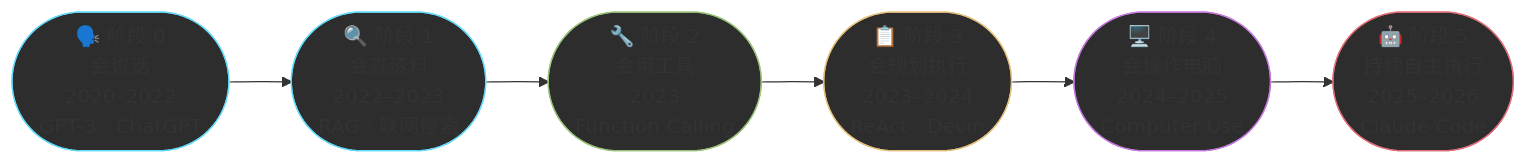
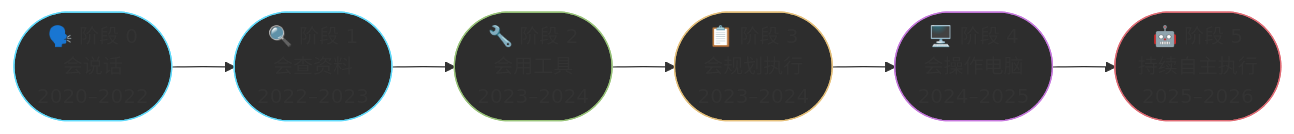
One commit to zht043/AgenticCodingTutorial changed the first of 3 diagrams in docs/chapters/ch13-history.md. Above: the diagram before and after it, drawn with Mermaid. The commit also changed other lines of this file and 69 other files, not shown here.

Commit message:
optimize docs and add mermaid validation

````diff
--- a/docs/chapters/ch13-history.md
+++ b/docs/chapters/ch13-history.md
@@ -20,18 +20,15 @@
 ```mermaid
 flowchart LR
-    S0(["🗣️ 阶段 0<br/>会说话<br/>2020–2022<br/>GPT-3 · ChatGPT"])
-    S1(["🔍 阶段 1<br/>会查资料<br/>2022–2023<br/>RAG · 联网搜索"])
-    S2(["🔧 阶段 2<br/>会用工具<br/>2023<br/>Function Calling"])
-    S3(["📋 阶段 3<br/>会规划执行<br/>2023–2024<br/>ReAct · Devin"])
-    S4(["🖥️ 阶段 4<br/>会操作电脑<br/>2024–2025<br/>Computer Use"])
-    S5(["🤖 阶段 5<br/>持续自主执行<br/>2025–2026<br/>Claude Code"])
-
-    S0 --> S1 --> S2 --> S3 --> S4 --> S5
+    S0(["🗣️ 阶段 0<br/>会说话<br/>2020–2022"]) --> S1(["🔍 阶段 1<br/>会查资料<br/>2022–2023"])
+    S1 --> S2(["🔧 阶段 2<br/>会用工具<br/>2023–2024"])
+    S2 --> S3(["📋 阶段 3<br/>会规划执行<br/>2023–2024"])
+    S3 --> S4(["🖥️ 阶段 4<br/>会操作电脑<br/>2024–2025"])
+    S4 --> S5(["🤖 阶段 5<br/>持续自主执行<br/>2025–2026"])
 
     style S0 fill:#2d2d2d,stroke:#61dafb
     style S1 fill:#2d2d2d,stroke:#61dafb
     style S2 fill:#2d2d2d,stroke:#98c379
     style S3 fill:#2d2d2d,stroke:#e5c07b
     style S4 fill:#2d2d2d,stroke:#c678dd
     style S5 fill:#2d2d2d,stroke:#e06c75
 ```
````
